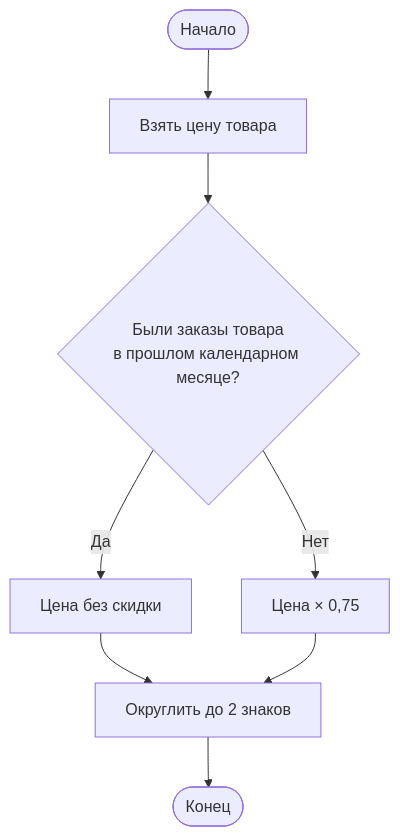
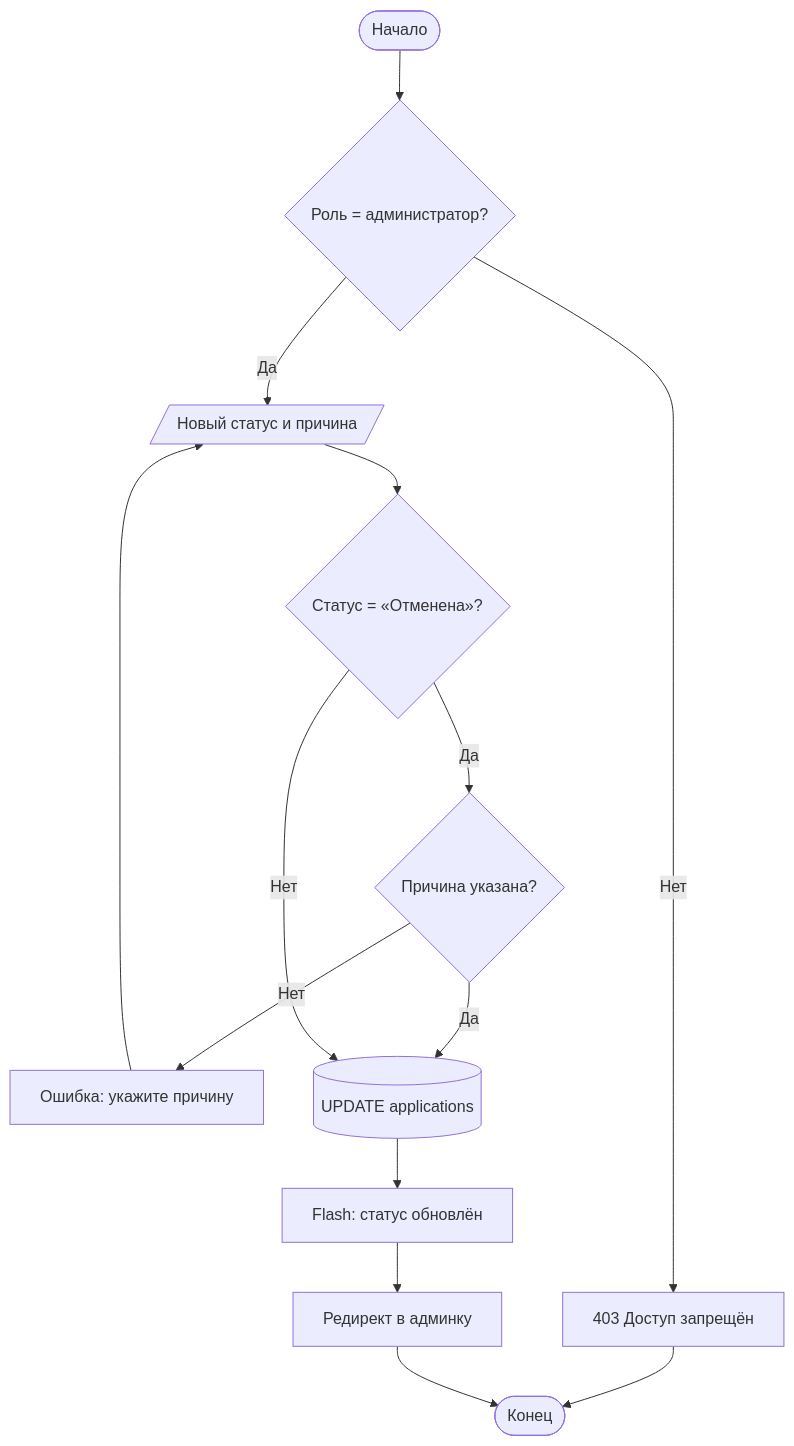
Before and after one commit to TR-Artem/demo-examen: the third of 3 diagrams in materials/Блок-схема.md, drawn with Mermaid. The commit also changed other lines of this file and 112 other files, not shown here.

````diff
--- a/materials/Блок-схема.md
+++ b/materials/Блок-схема.md
@@ -29,10 +44,14 @@
 ```mermaid
 flowchart TD
-    A([Начало]) --> B[Взять цену товара]
-    B --> C{Были заказы товара<br/>в прошлом календарном месяце?}
-    C -- Да --> D[Цена без скидки]
-    C -- Нет --> E[Цена × 0,75]
-    D --> F[Округлить до 2 знаков]
-    E --> F
-    F --> G([Конец])
+    A([Начало]) --> B{Роль = администратор?}
+    B -- Нет --> C[403 Доступ запрещён] --> Z([Конец])
+    B -- Да --> D[/Новый статус и причина/]
+    D --> E{Статус = «Отменена»?}
+    E -- Да --> F{Причина указана?}
+    F -- Нет --> G[Ошибка: укажите причину] --> D
+    F -- Да --> H[(UPDATE applications)]
+    E -- Нет --> H
+    H --> I[Flash: статус обновлён]
+    I --> J[Редирект в админку]
+    J --> Z
 ```
````
